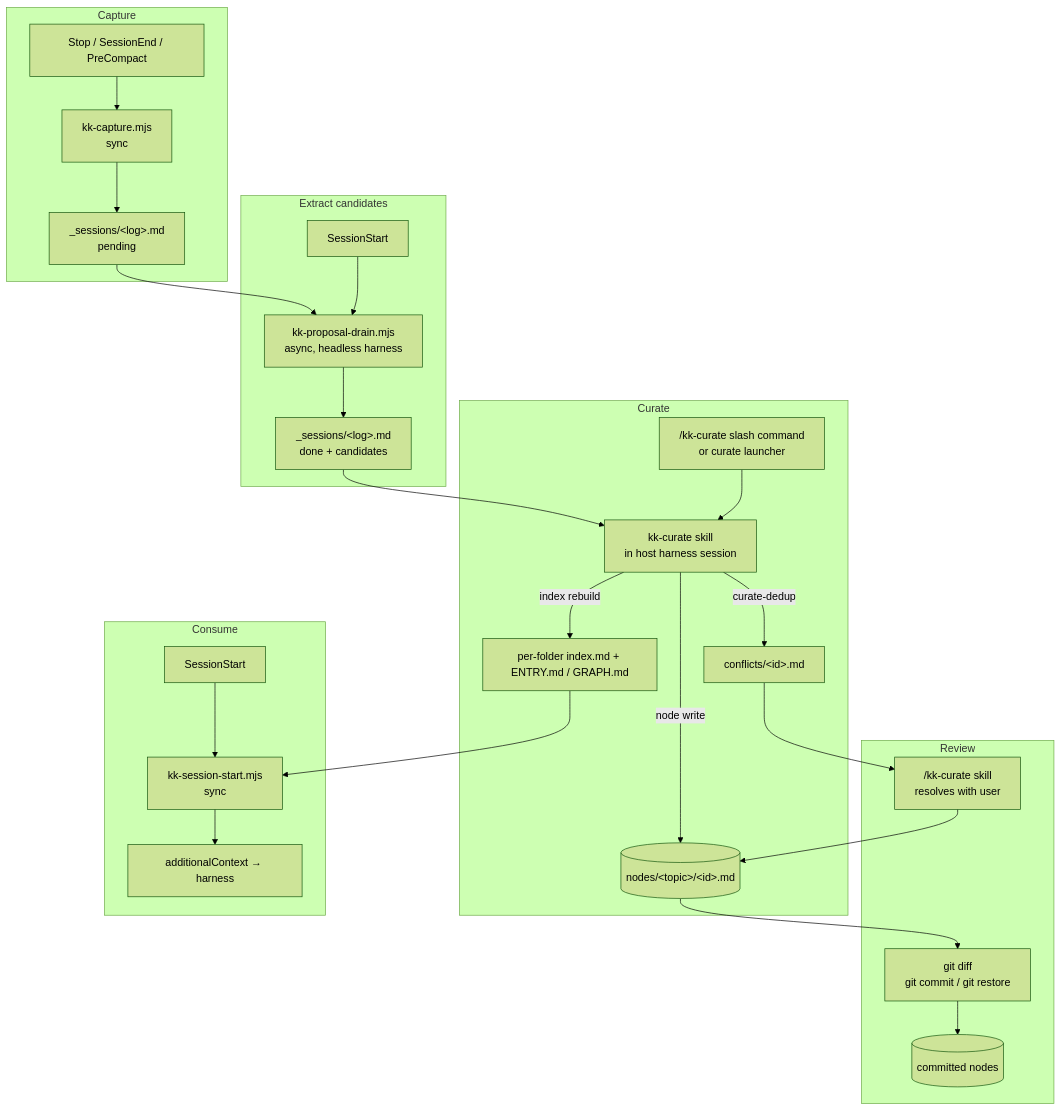
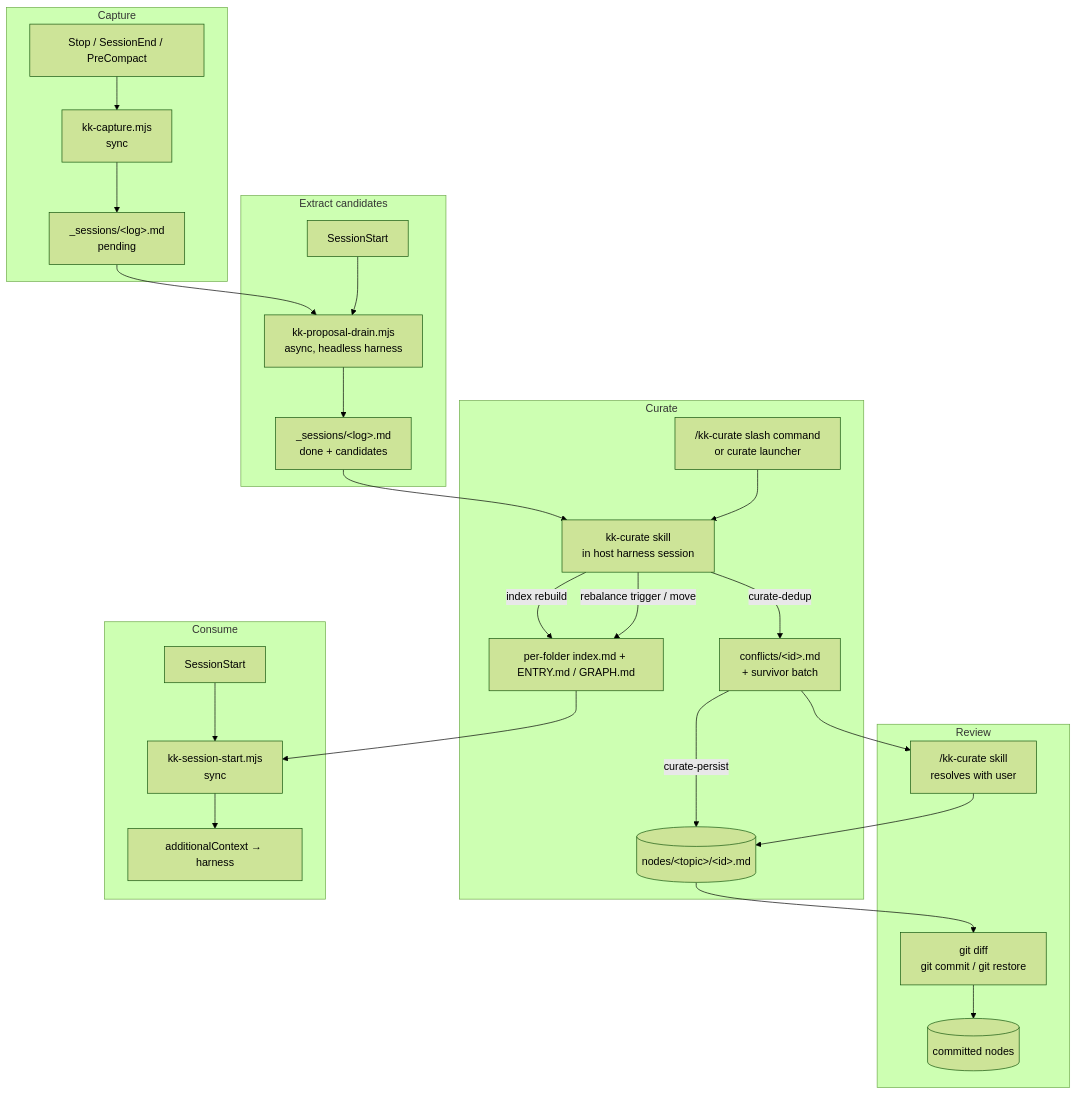
The diagram in docs/internals/architecture.md (e0ipso/kenkeep), drawn with Mermaid (forest theme) before and after one commit. The commit also changed other lines of this file and 9 other files, not shown here.

First line of the commit message:
test(curate): cover curate-persist and align docs

````diff
--- a/docs/internals/architecture.md
+++ b/docs/internals/architecture.md
@@ -43,34 +43,35 @@
 ```mermaid
 flowchart TB
     subgraph capture[Capture]
         H1[Stop / SessionEnd / PreCompact] --> KB1[kk-capture.mjs<br/>sync]
         KB1 --> SL[_sessions/&lt;log&gt;.md<br/>pending]
     end
 
     subgraph extract[Extract candidates]
         SS1[SessionStart] --> KB2[kk-proposal-drain.mjs<br/>async, headless harness]
         SL --> KB2
         KB2 --> SLD[_sessions/&lt;log&gt;.md<br/>done + candidates]
     end
 
     subgraph curate[Curate]
         UC["/kk-curate slash command<br/>or curate launcher"] --> KB3[kk-curate skill<br/>in host harness session]
         SLD --> KB3
-        KB3 -->|node write| NODES[(nodes/&lt;topic&gt;/&lt;id&gt;.md)]
-        KB3 -->|curate-dedup| PC[conflicts/&lt;id&gt;.md]
-        KB3 -->|index rebuild| IDX[per-folder index.md + ENTRY.md / GRAPH.md]
+        KB3 -->|curate-dedup| PC[conflicts/&lt;id&gt;.md<br/>+ survivor batch]
+        PC -->|curate-persist| NODES[(nodes/&lt;topic&gt;/&lt;id&gt;.md)]
+        KB3 -->|rebalance trigger / move| IDX[per-folder index.md + ENTRY.md / GRAPH.md]
+        KB3 -->|index rebuild| IDX
     end
 
     subgraph review[Review]
         NODES --> RV[git diff<br/>git commit / git restore]
         PC --> SK["/kk-curate skill<br/>resolves with user"]
         SK --> NODES
         RV --> COMMIT[(committed nodes)]
     end
 
     subgraph consume[Consume]
         SS2[SessionStart] --> KB4[kk-session-start.mjs<br/>sync]
         IDX --> KB4
         KB4 --> CTX[additionalContext → harness]
     end
 ```
````
